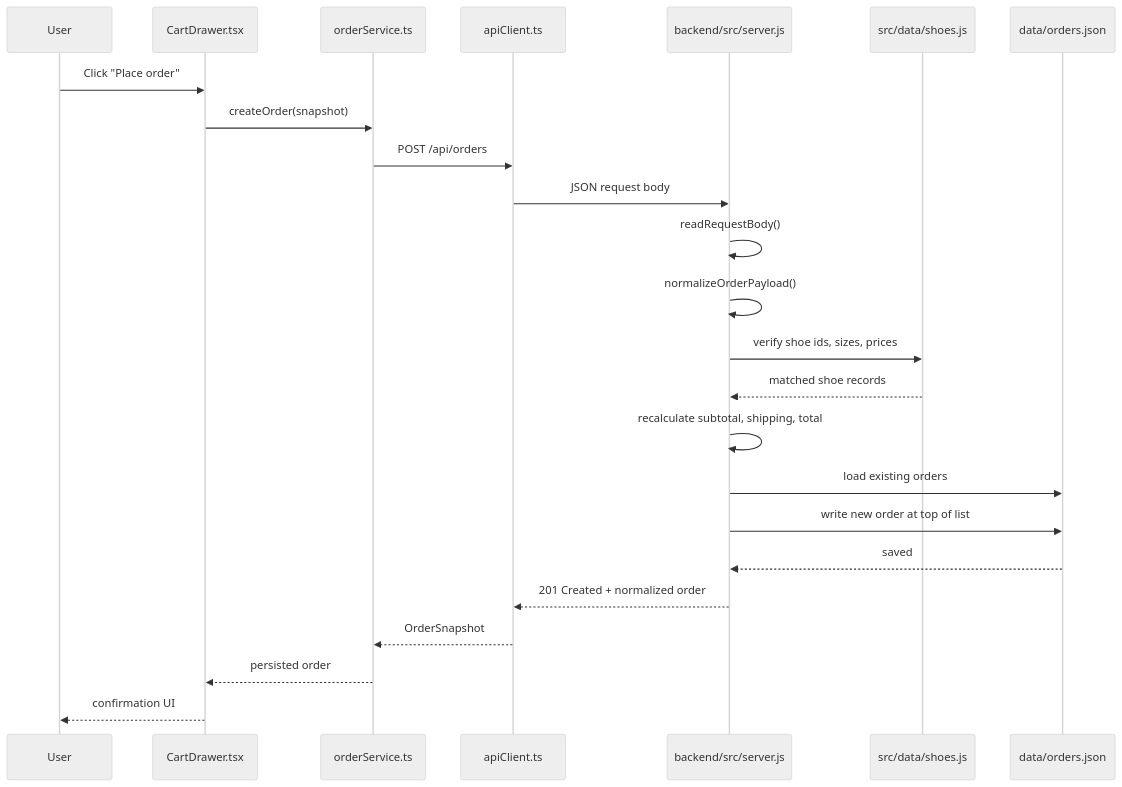
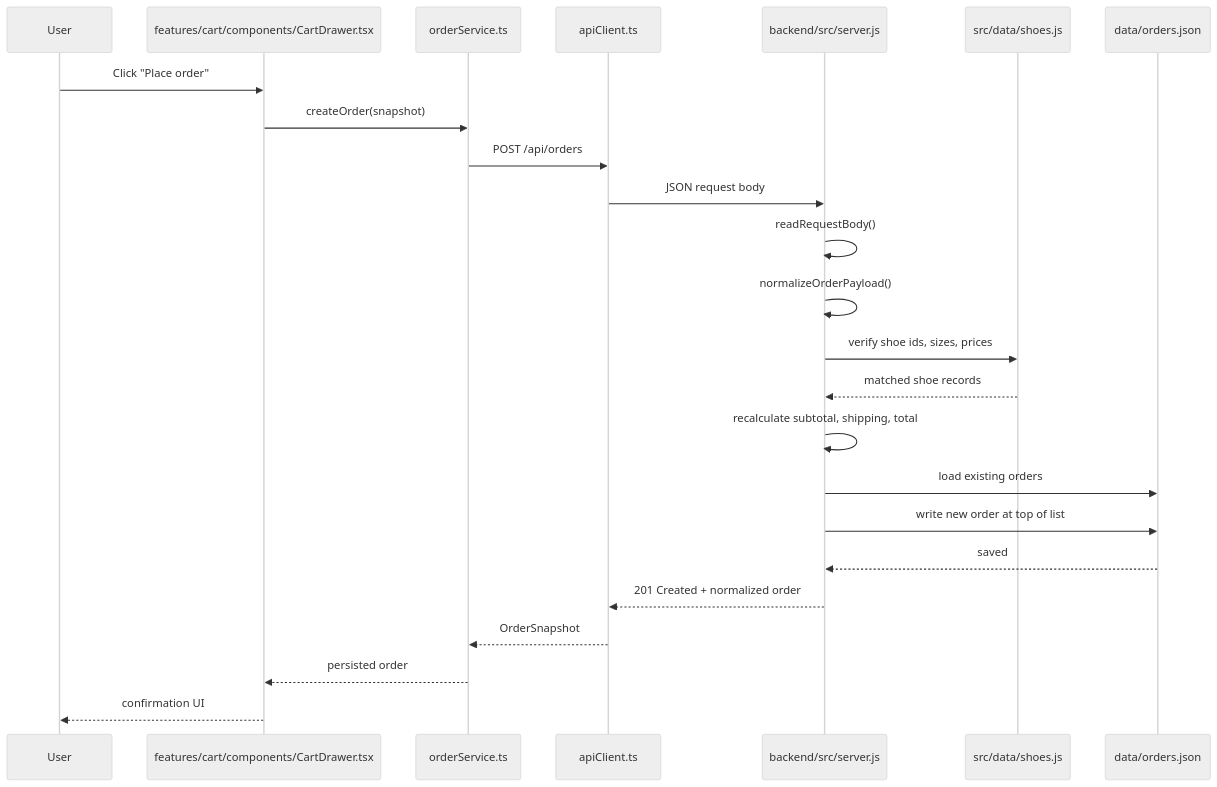
Before and after one commit to sayem2305101175-gif/web: the third of 4 diagrams in backend/BACKEND_PLAN.md, drawn with Mermaid (neutral theme). The commit also changed other lines of this file and 1 other file, not shown here.

````diff
--- a/backend/BACKEND_PLAN.md
+++ b/backend/BACKEND_PLAN.md
@@ -119,27 +119,27 @@
 ```mermaid
 sequenceDiagram
     participant User
-    participant Cart as CartDrawer.tsx
+    participant Cart as features/cart/components/CartDrawer.tsx
     participant OrderSvc as orderService.ts
     participant Api as apiClient.ts
     participant Server as backend/src/server.js
     participant Catalog as src/data/shoes.js
     participant Store as data/orders.json
 
     User->>Cart: Click "Place order"
     Cart->>OrderSvc: createOrder(snapshot)
     OrderSvc->>Api: POST /api/orders
     Api->>Server: JSON request body
     Server->>Server: readRequestBody()
     Server->>Server: normalizeOrderPayload()
     Server->>Catalog: verify shoe ids, sizes, prices
     Catalog-->>Server: matched shoe records
     Server->>Server: recalculate subtotal, shipping, total
     Server->>Store: load existing orders
     Server->>Store: write new order at top of list
     Store-->>Server: saved
     Server-->>Api: 201 Created + normalized order
     Api-->>OrderSvc: OrderSnapshot
     OrderSvc-->>Cart: persisted order
     Cart-->>User: confirmation UI
 ```
````
